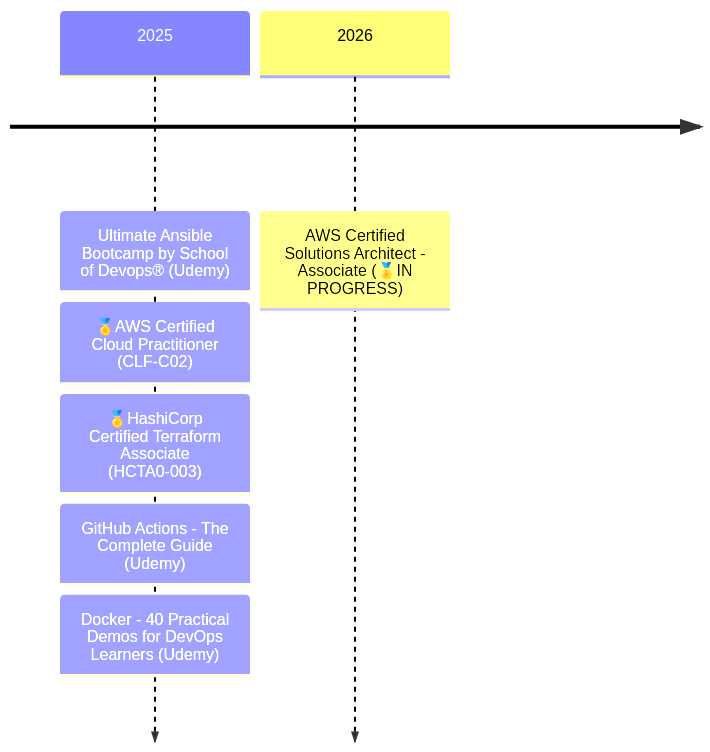
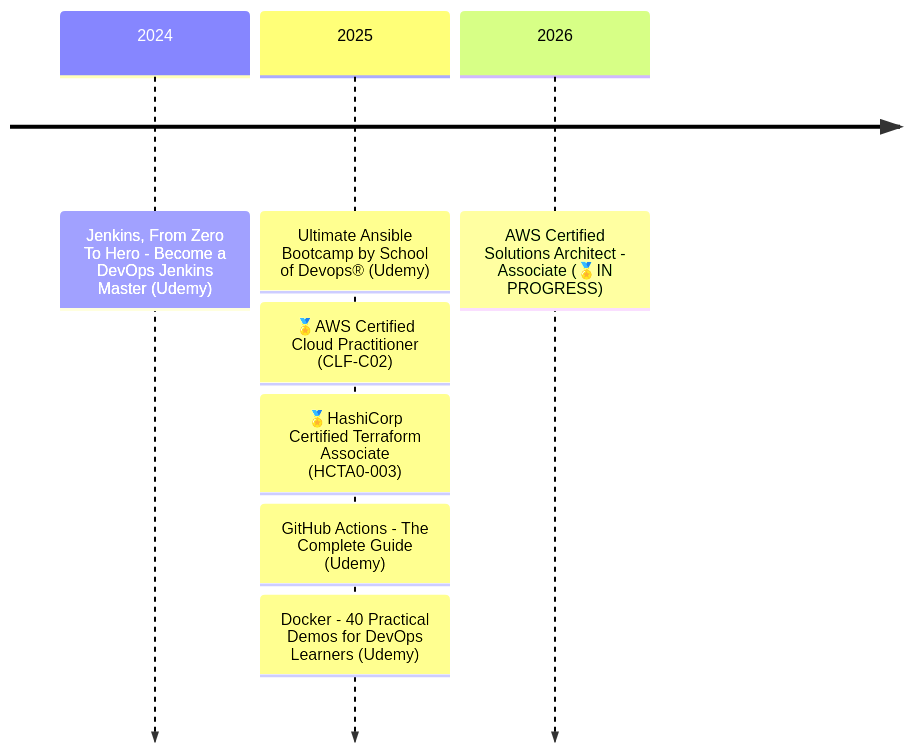
The diagram in content/about.md (rtdevx/rtdevx.github.io), drawn with Mermaid before and after one commit.

Commit message:
Obsidian sync: 2025-12-09 23:50:32

```diff
--- a/content/about.md
+++ b/content/about.md
@@ -63,9 +63,10 @@
 {{< mermaid >}}
 timeline
+    2024 : Jenkins, From Zero To Hero - Become a DevOps Jenkins Master (Udemy)
     2025 : Ultimate Ansible Bootcamp by School of Devops® (Udemy)
          : 🏅AWS Certified Cloud Practitioner (CLF-C02)
          : 🏅HashiCorp Certified Terraform Associate (HCTA0-003)
          : GitHub Actions - The Complete Guide (Udemy)
          : Docker - 40 Practical Demos for DevOps Learners (Udemy)
     2026 : AWS Certified Solutions Architect - Associate (🏅IN PROGRESS)
 {{< /mermaid >}}
```
